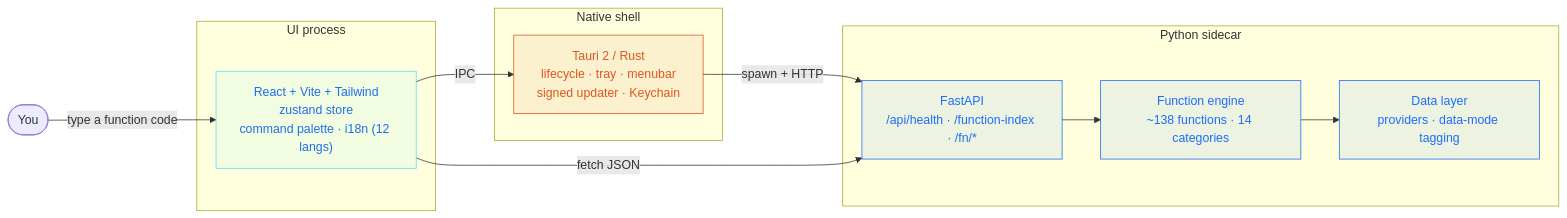
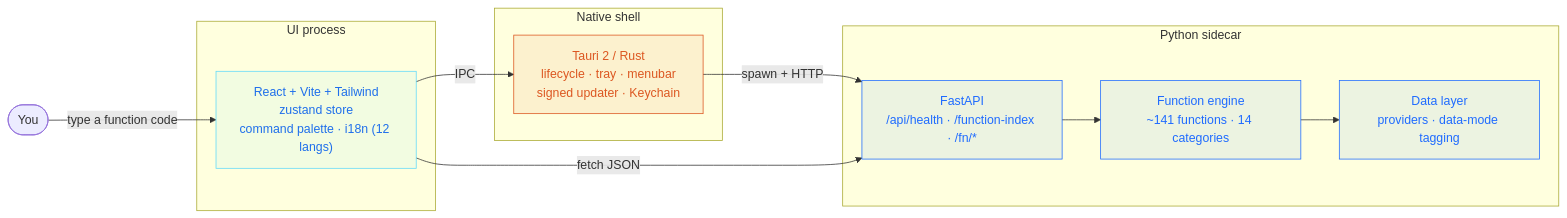
One commit to nazmiefearmutcu/showMe changed the diagram in README.md. Above: the diagram before and after it, drawn with Mermaid. The commit also changed other lines of this file and 1 other file, not shown here.

Commit message:
docs: sync advertised function count to the live 141 (README + bundle description)

````diff
--- a/README.md
+++ b/README.md
@@ -155,26 +155,26 @@
 ```mermaid
 flowchart LR
     user(["You"]) -->|type a function code| react
     subgraph shell["Native shell"]
       tauri["Tauri 2 / Rust<br/>lifecycle · tray · menubar<br/>signed updater · Keychain"]
     end
     subgraph ui["UI process"]
       react["React + Vite + Tailwind<br/>zustand store<br/>command palette · i18n (12 langs)"]
     end
     subgraph backend["Python sidecar"]
       fastapi["FastAPI<br/>/api/health · /function-index · /fn/*"]
-      engine["Function engine<br/>~138 functions · 14 categories"]
+      engine["Function engine<br/>~141 functions · 14 categories"]
       data["Data layer<br/>providers · data-mode tagging"]
     end
     react -->|IPC| tauri
     tauri -->|spawn + HTTP| fastapi
     react -->|fetch JSON| fastapi
     fastapi --> engine --> data
 
     classDef shellNode fill:#dc572115,stroke:#dc5721,color:#dc5721
     classDef uiNode fill:#61dafb15,stroke:#61dafb,color:#1f6feb
     classDef beNode fill:#1f6bff15,stroke:#1f6bff,color:#1f6bff
     class tauri shellNode
     class react uiNode
     class fastapi,engine,data beNode
 ```
````
